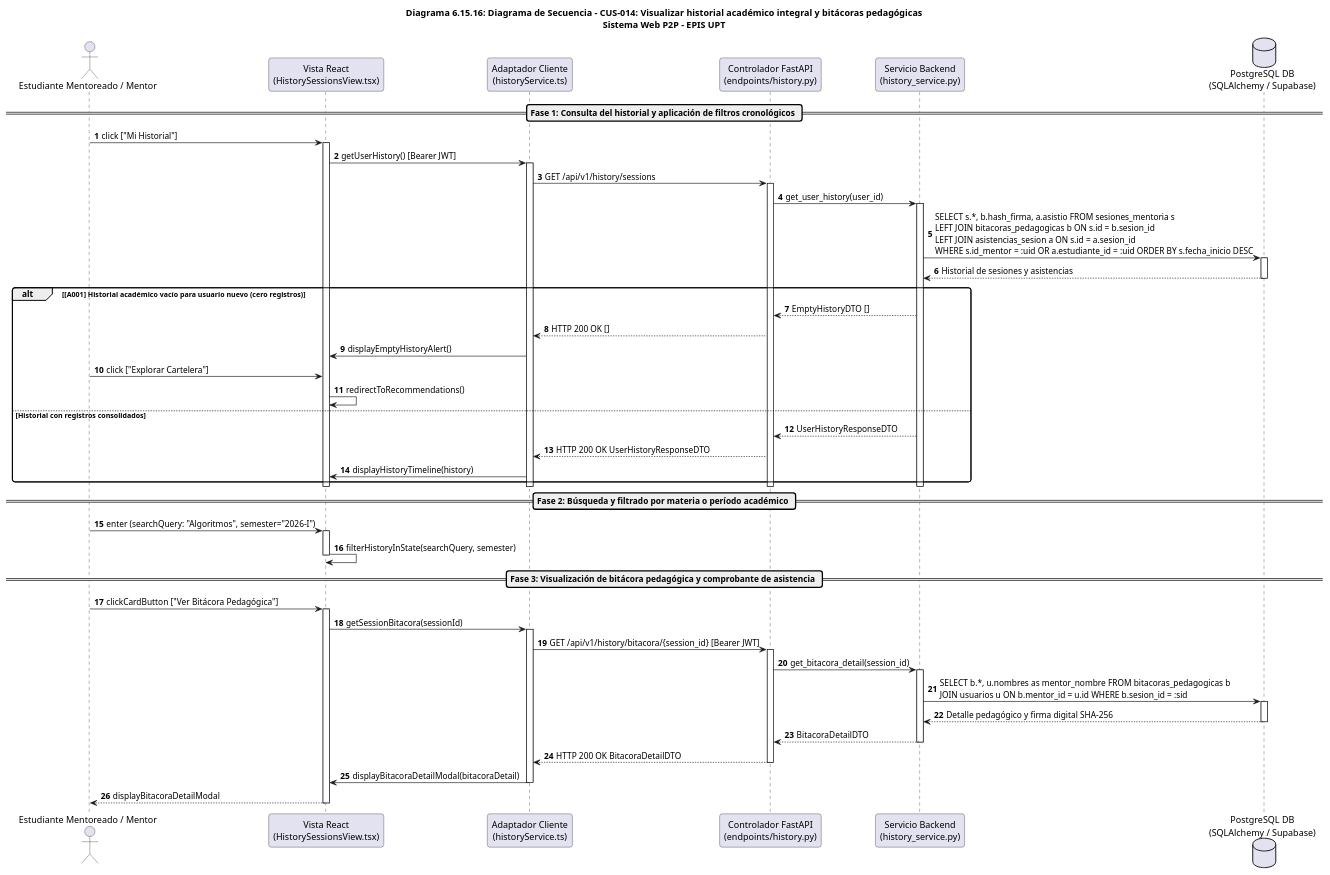
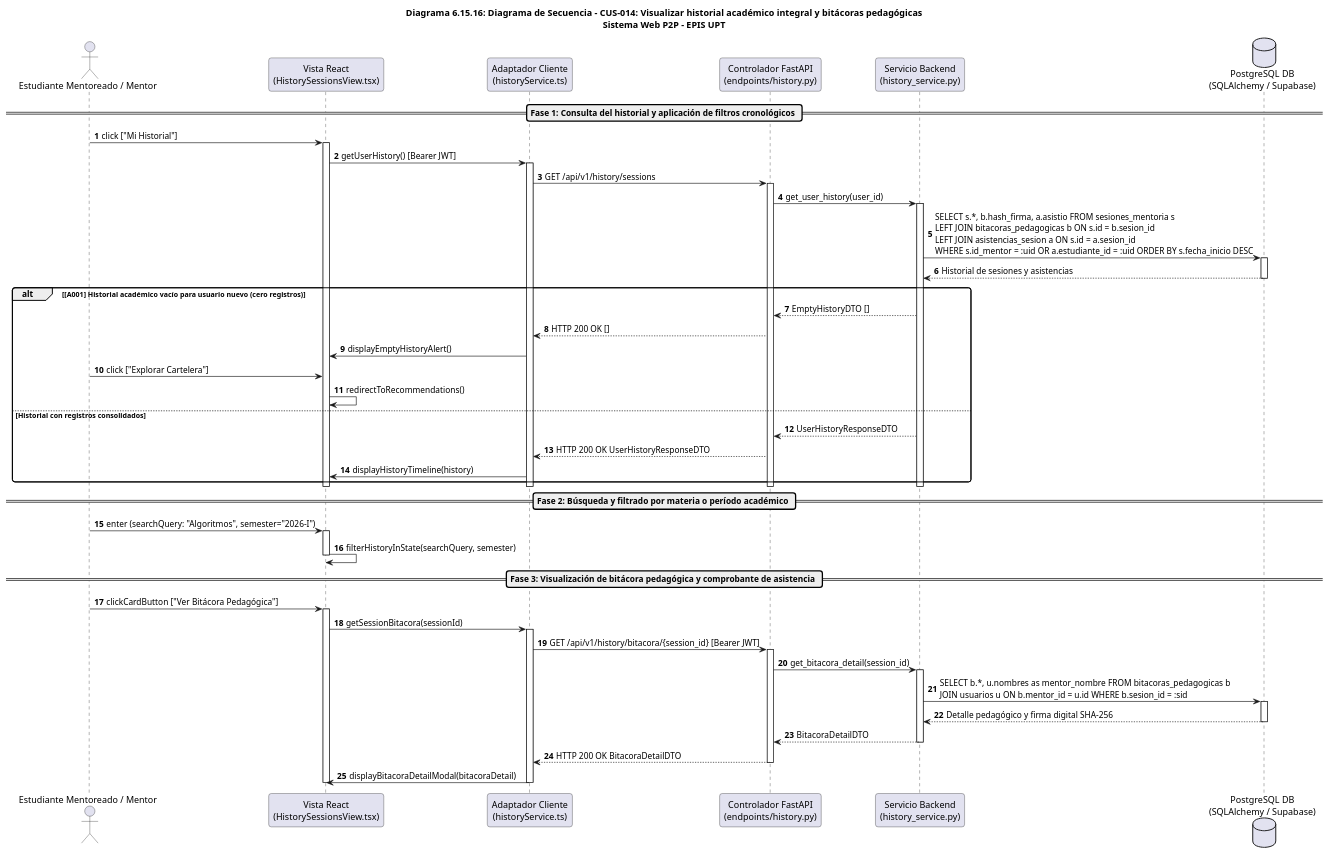
Diagram 17 of 25 in docs/diseño/DIAGRAMAS_DE_SECUENCIA_CONSOLIDADOS.md (JMedina255/sistema_web_p2p), drawn with PlantUML before and after one commit. The commit also changed other lines of this file and 1 other file, not shown here.

Commit message:
docs(diseño): alinear diagramas de secuencia con estándar Visual Paradigm y flujo de vista estricto

````diff
--- a/docs/diseño/DIAGRAMAS_DE_SECUENCIA_CONSOLIDADOS.md
+++ b/docs/diseño/DIAGRAMAS_DE_SECUENCIA_CONSOLIDADOS.md
@@ -2046,79 +2024,77 @@
 ```plantuml
 @startuml
 title Diagrama 6.15.16: Diagrama de Secuencia - CUS-014: Visualizar historial académico integral y bitácoras pedagógicas\nSistema Web P2P - EPIS UPT
 
 autonumber
 skinparam shadowing false
 skinparam roundcorner 8
 skinparam defaultFontName Arial
 skinparam fontSize 11
 skinparam sequenceBoxBorderColor #1E3A8A
 skinparam sequenceBoxBackgroundColor #F0F4F8
 
 actor "Estudiante Mentoreado / Mentor" as User
 participant "Vista React\n(HistorySessionsView.tsx)" as UI
 participant "Adaptador Cliente\n(historyService.ts)" as Client
 participant "Controlador FastAPI\n(endpoints/history.py)" as API
 participant "Servicio Backend\n(history_service.py)" as Service
 database "PostgreSQL DB\n(SQLAlchemy / Supabase)" as DB
 
 == Fase 1: Consulta del historial y aplicación de filtros cronológicos ==
 User -> UI: click ["Mi Historial"]
 activate UI
 UI -> Client: getUserHistory() [Bearer JWT]
 activate Client
 Client -> API: GET /api/v1/history/sessions
 activate API
 API -> Service: get_user_history(user_id)
 activate Service
 Service -> DB: SELECT s.*, b.hash_firma, a.asistio FROM sesiones_mentoria s\nLEFT JOIN bitacoras_pedagogicas b ON s.id = b.sesion_id\nLEFT JOIN asistencias_sesion a ON s.id = a.sesion_id\nWHERE s.id_mentor = :uid OR a.estudiante_id = :uid ORDER BY s.fecha_inicio DESC
 activate DB
 DB --> Service: Historial de sesiones y asistencias
 deactivate DB
 
 alt [A001] Historial académico vacío para usuario nuevo (cero registros)
     Service --> API: EmptyHistoryDTO []
     API --> Client: HTTP 200 OK []
     Client -> UI: displayEmptyHistoryAlert()
     User -> UI: click ["Explorar Cartelera"]
     UI -> UI: redirectToRecommendations()
 else Historial con registros consolidados
     Service --> API: UserHistoryResponseDTO
     API --> Client: HTTP 200 OK UserHistoryResponseDTO
     Client -> UI: displayHistoryTimeline(history)
 end
 deactivate Service
 deactivate API
 deactivate Client
 deactivate UI
 
 == Fase 2: Búsqueda y filtrado por materia o período académico ==
 User -> UI: enter (searchQuery: "Algoritmos", semester="2026-I")
 activate UI
 UI -> UI: filterHistoryInState(searchQuery, semester)
 deactivate UI
 
 == Fase 3: Visualización de bitácora pedagógica y comprobante de asistencia ==
 User -> UI: clickCardButton ["Ver Bitácora Pedagógica"]
 activate UI
 UI -> Client: getSessionBitacora(sessionId)
 activate Client
 Client -> API: GET /api/v1/history/bitacora/{session_id} [Bearer JWT]
 activate API
 API -> Service: get_bitacora_detail(session_id)
 activate Service
 Service -> DB: SELECT b.*, u.nombres as mentor_nombre FROM bitacoras_pedagogicas b\nJOIN usuarios u ON b.mentor_id = u.id WHERE b.sesion_id = :sid
 activate DB
 DB --> Service: Detalle pedagógico y firma digital SHA-256
 deactivate DB
 Service --> API: BitacoraDetailDTO
 deactivate Service
 API --> Client: HTTP 200 OK BitacoraDetailDTO
 deactivate API
 Client -> UI: displayBitacoraDetailModal(bitacoraDetail)
 deactivate Client
-
-UI --> User: displayBitacoraDetailModal
 deactivate UI
 @enduml
 ```
````
